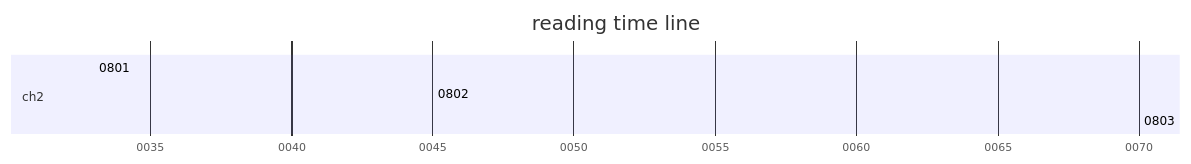
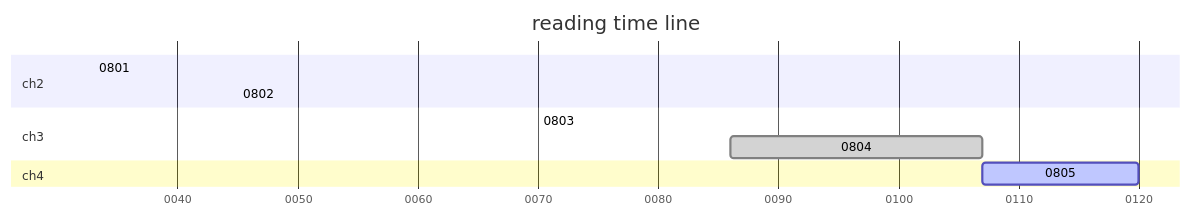
One commit to ywjpanda/Designing-Data-intensive-Applications changed the first of 4 diagrams in README.md. Above: the diagram before and after it, drawn with Mermaid. The commit also changed other lines of this file, not shown here.

````diff
--- a/README.md
+++ b/README.md
@@ -10,10 +11,14 @@
 ```mermaid
 gantt
 	dateFormat YYYY
 	axisFormat %Y
 	title reading time line
 	section ch2
 	0801: done,0033,0045
 	0802: done,0045,0069
+	section ch3
 	0803: done,0070,0085
+	0804: done,0086,0107
+	section ch4
+	0805: active,0107,0120
 ```
````
